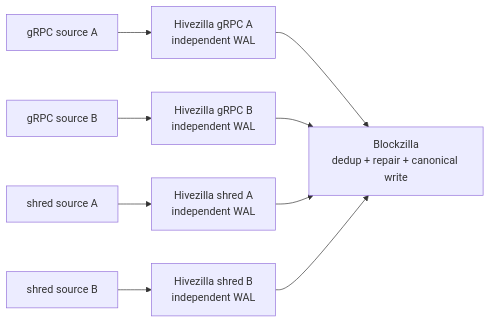
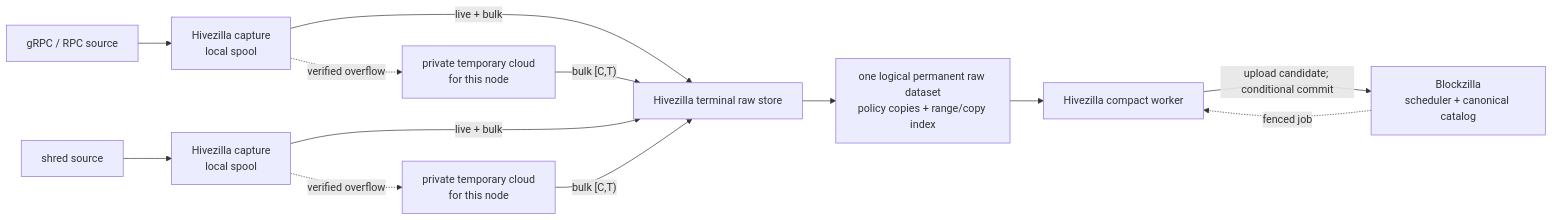
One commit to FernoLabs/blockzilla changed the diagram in docs/design/live-ingest-redundancy.md. Above: the diagram before and after it, drawn with Mermaid. The commit also changed other lines of this file and 13 other files, not shown here.

````diff
--- a/docs/design/live-ingest-redundancy.md
+++ b/docs/design/live-ingest-redundancy.md
@@ -126,11 +174,15 @@
 ```mermaid
 flowchart LR
-    G1["gRPC source A"] --> H1["Hivezilla gRPC A<br/>independent WAL"]
-    G2["gRPC source B"] --> H2["Hivezilla gRPC B<br/>independent WAL"]
-    S1["shred source A"] --> H3["Hivezilla shred A<br/>independent WAL"]
-    S2["shred source B"] --> H4["Hivezilla shred B<br/>independent WAL"]
-    H1 --> B["Blockzilla<br/>dedup + repair + canonical write"]
-    H2 --> B
-    H3 --> B
-    H4 --> B
+    G["gRPC / RPC source"] --> HG["Hivezilla capture<br/>local spool"]
+    S["shred source"] --> HS["Hivezilla capture<br/>local spool"]
+    HG -. verified overflow .-> OG["private temporary cloud<br/>for this node"]
+    HS -. verified overflow .-> OS["private temporary cloud<br/>for this node"]
+    HG -->|"live + bulk"| R["Hivezilla terminal raw store"]
+    OG -->|"bulk [C,T)"| R
+    HS -->|"live + bulk"| R
+    OS -->|"bulk [C,T)"| R
+    R --> RAW["one logical permanent raw dataset<br/>policy copies + range/copy index"]
+    RAW --> W["Hivezilla compact worker"]
+    B["Blockzilla<br/>scheduler + canonical catalog"] -. fenced job .-> W
+    W -->|"upload candidate; conditional commit"| B
 ```
````
